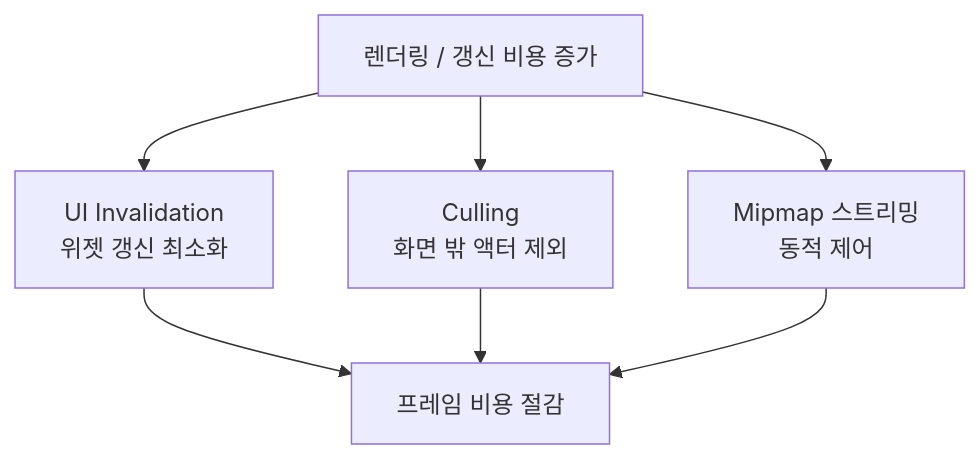
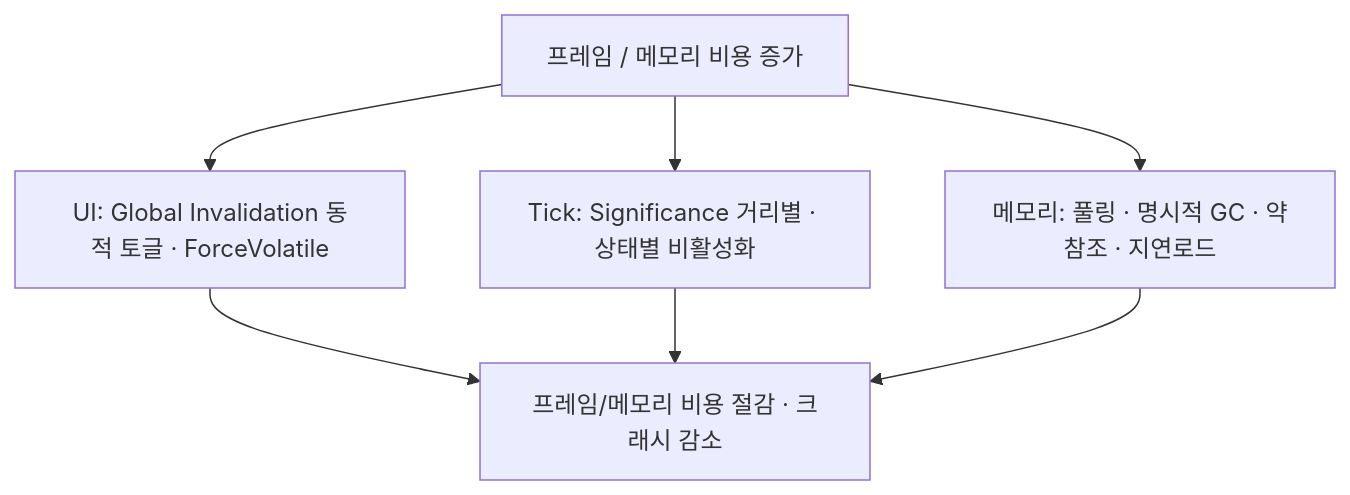
Before and after one commit to LimHyun-ji/LimHyun-ji.github.io: the diagram in _projects/optimization.md, drawn with Mermaid. The commit also changed other lines of this file and 2 other files, not shown here.

```diff
--- a/_projects/optimization.md
+++ b/_projects/optimization.md
@@ -43,9 +161,9 @@
 <div class="mermaid">
 flowchart TD
-  COST["렌더링 / 갱신 비용 증가"] --> A["UI Invalidation<br/>위젯 갱신 최소화"]
-  COST --> B["Culling<br/>화면 밖 액터 제외"]
-  COST --> C["Mipmap 스트리밍<br/>동적 제어"]
-  A --> RES["프레임 비용 절감"]
-  B --> RES
-  C --> RES
+  COST["프레임 / 메모리 비용 증가"] --> UI["UI: Global Invalidation 동적 토글 · ForceVolatile"]
+  COST --> TICK["Tick: Significance 거리별 · 상태별 비활성화"]
+  COST --> MEM["메모리: 풀링 · 명시적 GC · 약참조 · 지연로드"]
+  UI --> RES["프레임/메모리 비용 절감 · 크래시 감소"]
+  TICK --> RES
+  MEM --> RES
 </div>
```
